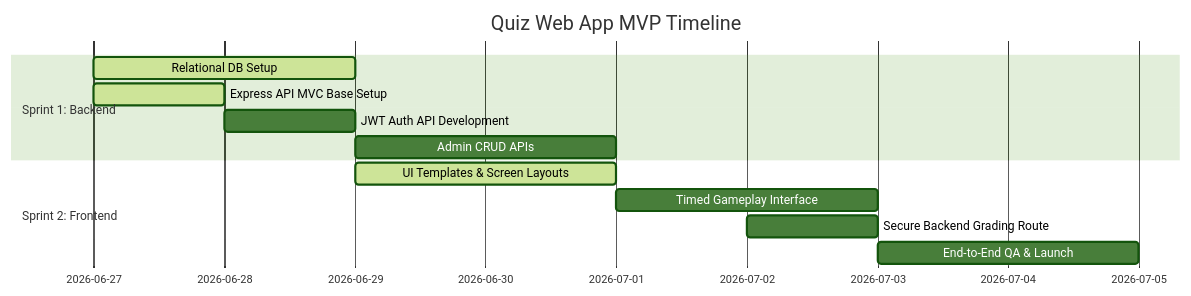
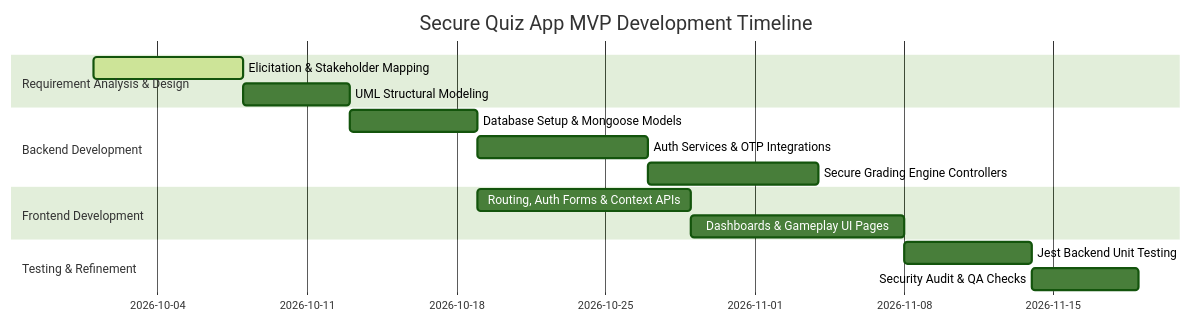
Before and after one commit to vidurapriyadarshana/SDGP_CW: the second of 2 diagrams in docs/assignment/group_report.md, drawn with Mermaid (forest theme). The commit also changed other lines of this file and 7 other files, not shown here.

Commit message:
docs: initialize assignment report templates and guidelines and add QuizPlay page component

````diff
--- a/docs/assignment/group_report.md
+++ b/docs/assignment/group_report.md
@@ -362,15 +256,18 @@
 ```mermaid
 gantt
-    title Quiz Web App MVP Timeline
+    title Secure Quiz App MVP Development Timeline
     dateFormat  YYYY-MM-DD
-    section Sprint 1: Backend
-    Relational DB Setup           :active, des1, 2026-06-27, 2d
-    Express API MVC Base Setup    :active, des2, 2026-06-27, 1d
-    JWT Auth API Development      :des3, 2026-06-28, 1d
-    Admin CRUD APIs               :des4, 2026-06-29, 2d
-    section Sprint 2: Frontend
-    UI Templates & Screen Layouts :active, des5, 2026-06-29, 2d
-    Timed Gameplay Interface      :des6, 2026-07-01, 2d
-    Secure Backend Grading Route  :des7, 2026-07-02, 1d
-    End-to-End QA & Launch        :des8, 2026-07-03, 2d
+    section Requirement Analysis & Design
+    Elicitation & Stakeholder Mapping  :active, 2026-10-01, 7d
+    UML Structural Modeling           : 2026-10-08, 5d
+    section Backend Development
+    Database Setup & Mongoose Models  : 2026-10-13, 6d
+    Auth Services & OTP Integrations   : 2026-10-19, 8d
+    Secure Grading Engine Controllers  : 2026-10-27, 8d
+    section Frontend Development
+    Routing, Auth Forms & Context APIs : 2026-10-19, 10d
+    Dashboards & Gameplay UI Pages     : 2026-10-29, 10d
+    section Testing & Refinement
+    Jest Backend Unit Testing          : 2026-11-08, 6d
+    Security Audit & QA Checks         : 2026-11-14, 5d
 ```
````
